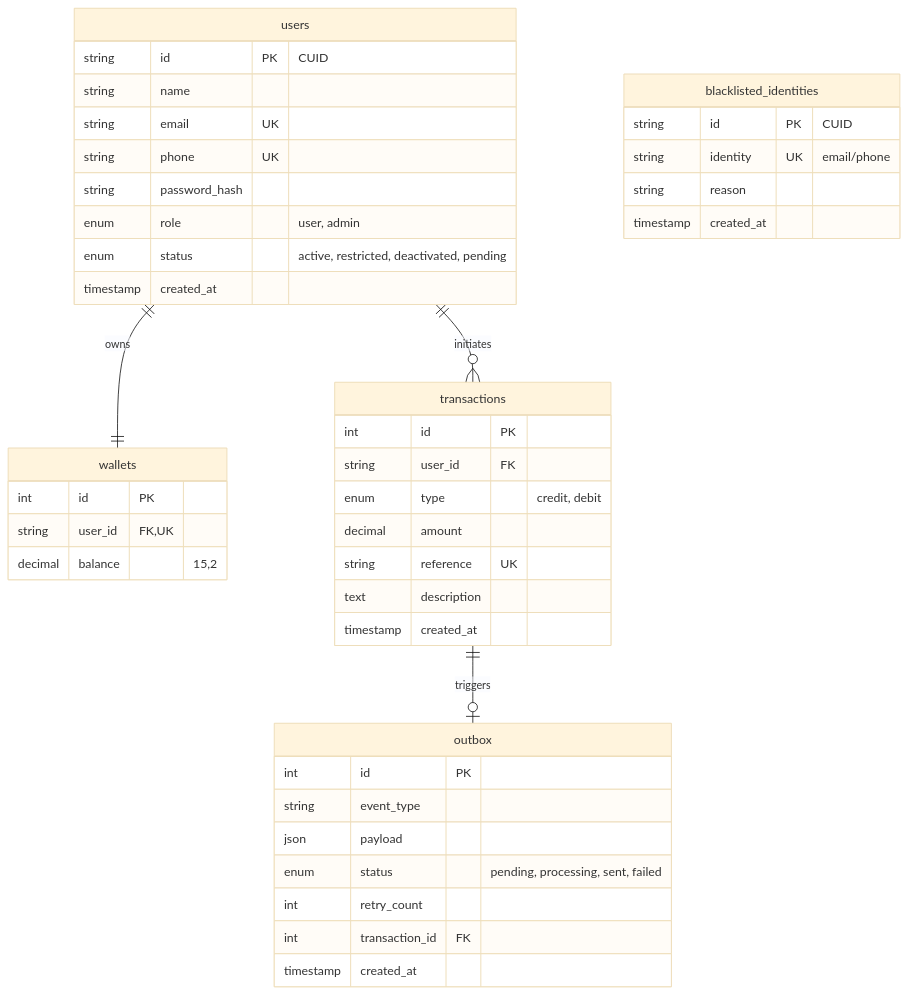
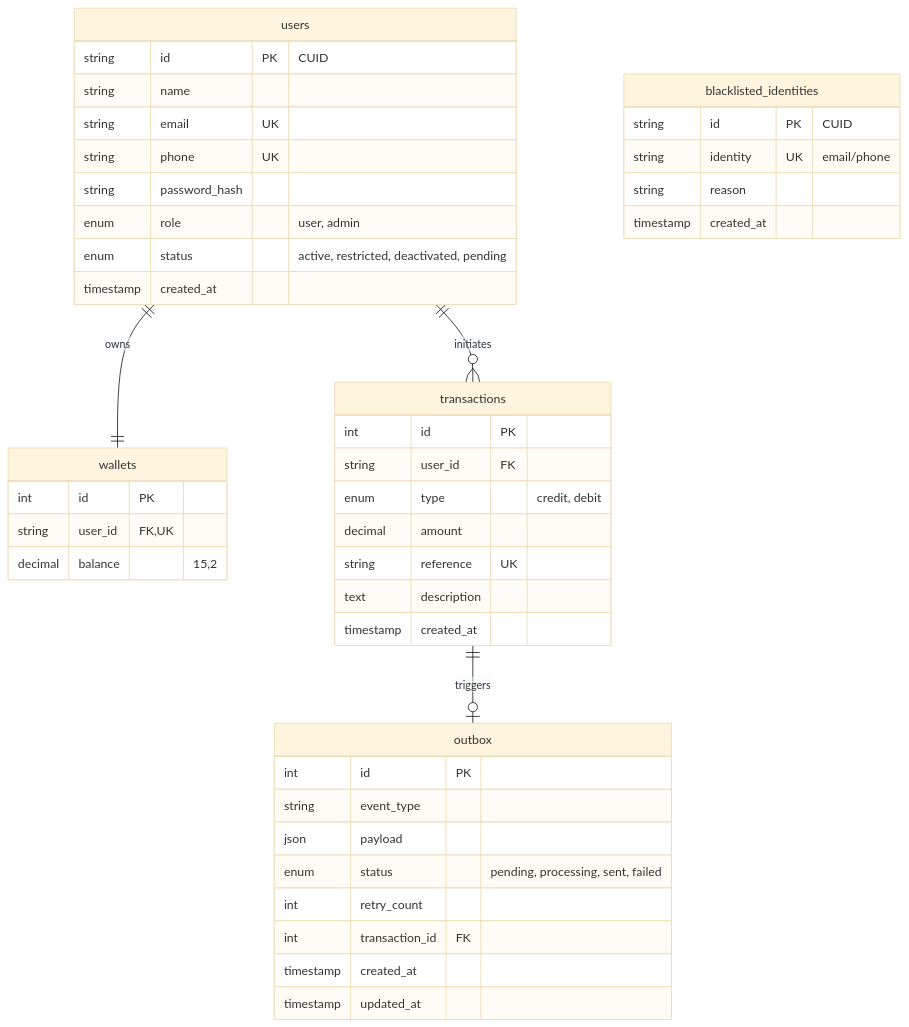
Before and after one commit to sirlawglobal/Lendsqr_Wallet: the diagram in README.md, drawn with Mermaid (base theme). The commit also changed other lines of this file and 1 other file, not shown here.

````diff
--- a/README.md
+++ b/README.md
@@ -30,50 +78,51 @@
 ```mermaid
 erDiagram
     users ||--|| wallets : "owns"
     users ||--o{ transactions : "initiates"
     transactions ||--o| outbox : "triggers"
     
     users {
         string id PK "CUID"
         string name
         string email UK
         string phone UK
         string password_hash
         enum role "user, admin"
         enum status "active, restricted, deactivated, pending"
         timestamp created_at
     }
 
     wallets {
         int id PK
         string user_id FK, UK
         decimal balance "15,2"
     }
 
     transactions {
         int id PK
         string user_id FK
         enum type "credit, debit"
         decimal amount
         string reference UK
         text description
         timestamp created_at
     }
 
     outbox {
         int id PK
         string event_type
         json payload
         enum status "pending, processing, sent, failed"
         int retry_count
         int transaction_id FK
         timestamp created_at
+        timestamp updated_at
     }
 
     blacklisted_identities {
         string id PK "CUID"
         string identity UK "email/phone"
         string reason
         timestamp created_at
     }
 ```
````
